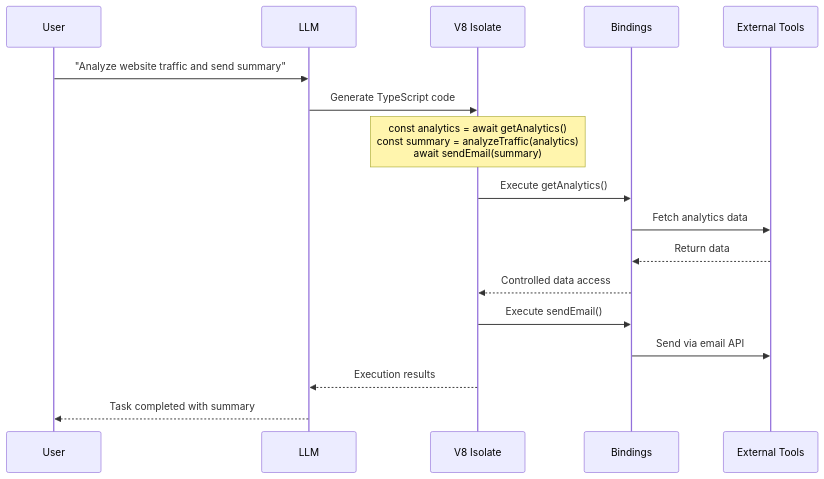
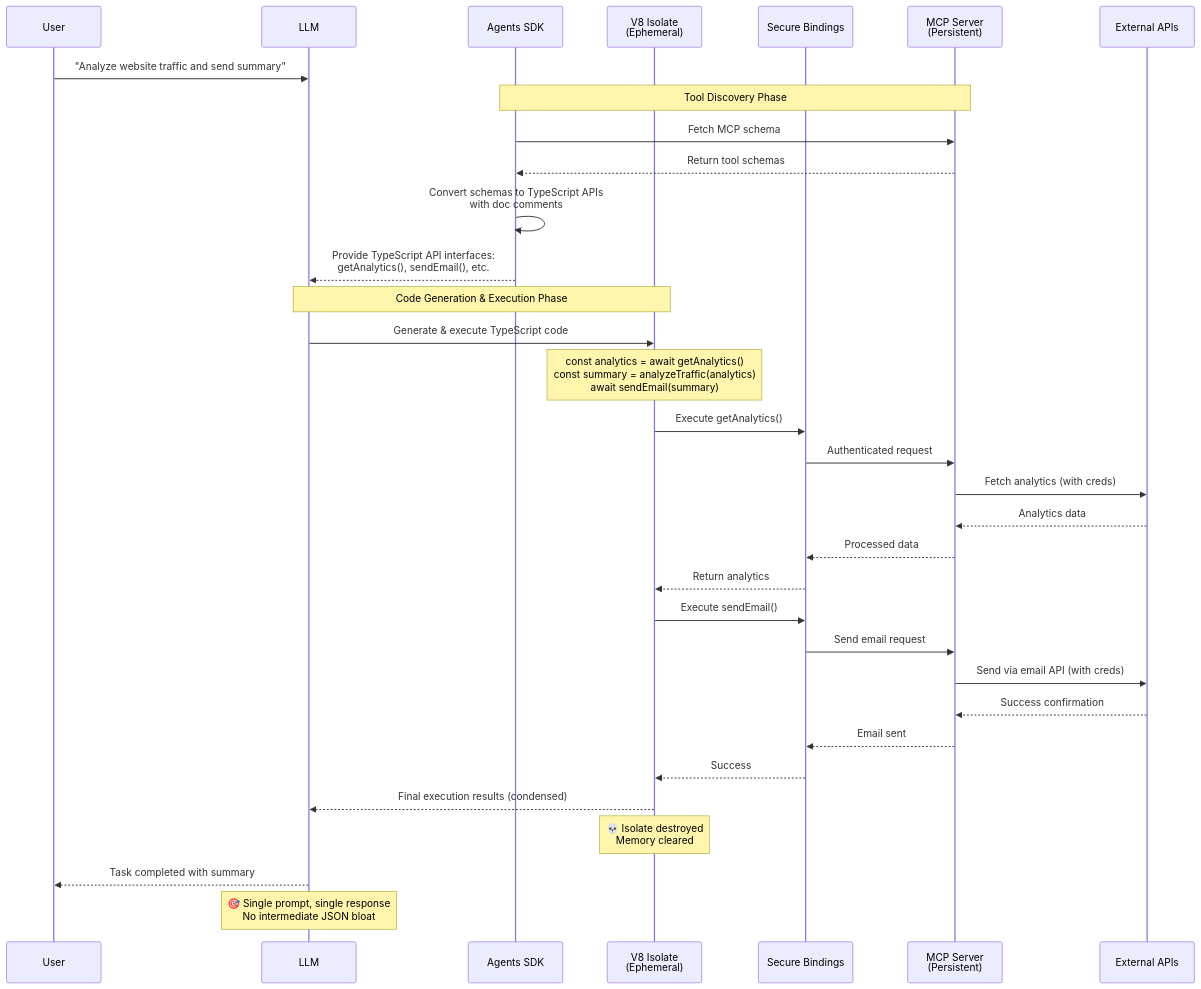
One commit to nibzard/awesome-agentic-patterns changed the diagram in docs/patterns/code-first-tool-interface-pattern.md. Above: the diagram before and after it, drawn with Mermaid. The commit also changed other lines of this file and 3 other files, not shown here.

First line of the commit message:
Enhance Code Mode MCP Tool Interface Pattern with real-world insights

````diff
--- a/docs/patterns/code-first-tool-interface-pattern.md
+++ b/docs/patterns/code-first-tool-interface-pattern.md
@@ -34,20 +69,42 @@
 ```mermaid
 sequenceDiagram
     participant User
     participant LLM
-    participant V8Sandbox as V8 Isolate
-    participant Bindings
-    participant Tools as External Tools
+    participant AgentsSDK as Agents SDK
+    participant V8Isolate as V8 Isolate<br/>(Ephemeral)
+    participant Bindings as Secure Bindings
+    participant MCPServer as MCP Server<br/>(Persistent)
+    participant ExternalAPIs as External APIs
 
     User->>LLM: "Analyze website traffic and send summary"
-    LLM->>V8Sandbox: Generate TypeScript code
-    Note over V8Sandbox: const analytics = await getAnalytics()<br/>const summary = analyzeTraffic(analytics)<br/>await sendEmail(summary)
-    V8Sandbox->>Bindings: Execute getAnalytics()
-    Bindings->>Tools: Fetch analytics data
-    Tools-->>Bindings: Return data
-    Bindings-->>V8Sandbox: Controlled data access
-    V8Sandbox->>Bindings: Execute sendEmail()
-    Bindings->>Tools: Send via email API
-    V8Sandbox-->>LLM: Execution results
+
+    Note over AgentsSDK,MCPServer: Tool Discovery Phase
+    AgentsSDK->>MCPServer: Fetch MCP schema
+    MCPServer-->>AgentsSDK: Return tool schemas
+    AgentsSDK->>AgentsSDK: Convert schemas to TypeScript APIs<br/>with doc comments
+    AgentsSDK-->>LLM: Provide TypeScript API interfaces:<br/>getAnalytics(), sendEmail(), etc.
+
+    Note over LLM,V8Isolate: Code Generation & Execution Phase
+    LLM->>V8Isolate: Generate & execute TypeScript code
+    Note over V8Isolate: const analytics = await getAnalytics()<br/>const summary = analyzeTraffic(analytics)<br/>await sendEmail(summary)
+
+    V8Isolate->>Bindings: Execute getAnalytics()
+    Bindings->>MCPServer: Authenticated request
+    MCPServer->>ExternalAPIs: Fetch analytics (with creds)
+    ExternalAPIs-->>MCPServer: Analytics data
+    MCPServer-->>Bindings: Processed data
+    Bindings-->>V8Isolate: Return analytics
+
+    V8Isolate->>Bindings: Execute sendEmail()
+    Bindings->>MCPServer: Send email request
+    MCPServer->>ExternalAPIs: Send via email API (with creds)
+    ExternalAPIs-->>MCPServer: Success confirmation
+    MCPServer-->>Bindings: Email sent
+    Bindings-->>V8Isolate: Success
+
+    V8Isolate-->>LLM: Final execution results (condensed)
+    Note over V8Isolate: 💀 Isolate destroyed<br/>Memory cleared
     LLM-->>User: Task completed with summary
+
+    Note over LLM: 🎯 Single prompt, single response<br/>No intermediate JSON bloat
 ```
````
